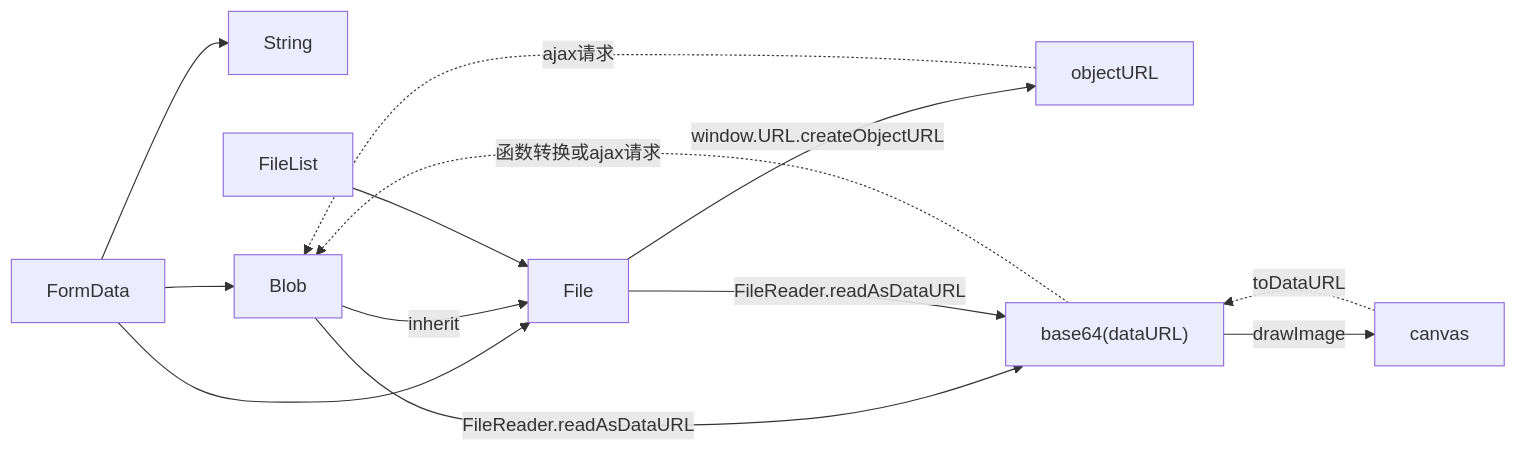
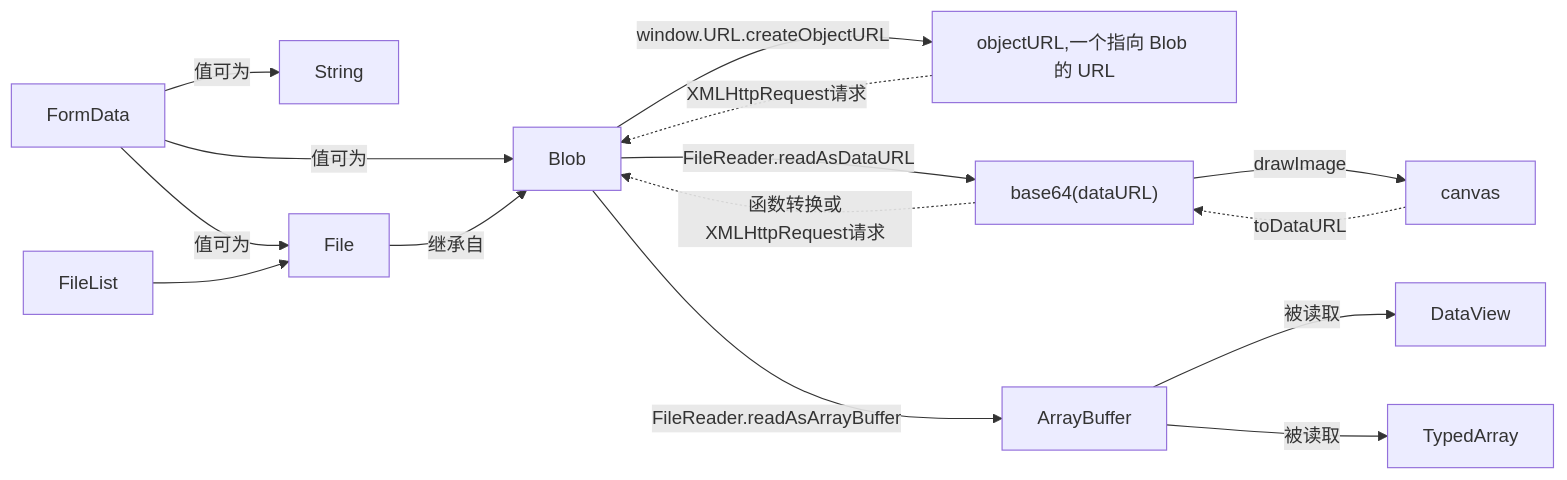
Before and after one commit to pbdm/posts: the diagram in 2018-05-15-file.md, drawn with Mermaid. The commit also changed other lines of this file and 8 other files, not shown here.

````diff
--- a/2018-05-15-file.md
+++ b/2018-05-15-file.md
@@ -5,17 +5,17 @@
 ```mermaid
 graph LR
-FormData --> String
-FormData --> Blob
-FormData --> File
-Blob --inherit--> File
-File --window.URL.createObjectURL--> objectURL
+FormData --值可为--> String
+FormData --值可为--> Blob
+FormData --值可为--> File
+File --继承自--> Blob
+FileList --> File
+Blob --window.URL.createObjectURL--> objectURL[objectURL,一个指向 Blob 的 URL]
 Blob --FileReader.readAsDataURL--> base64["base64(dataURL)"]
-File --FileReader.readAsDataURL--> base64
-base64 -.函数转换或ajax请求.-> Blob
-objectURL -.ajax请求.-> Blob
+Blob --FileReader.readAsArrayBuffer--> ArrayBuffer
+ArrayBuffer --被读取--> DataView
+ArrayBuffer --被读取--> TypedArray
+base64 -.函数转换或XMLHttpRequest请求.-> Blob
+objectURL -.XMLHttpRequest请求.-> Blob
 base64 --drawImage--> canvas
 canvas -.toDataURL.-> base64
-
-FileList --> File
-
 ```
````
